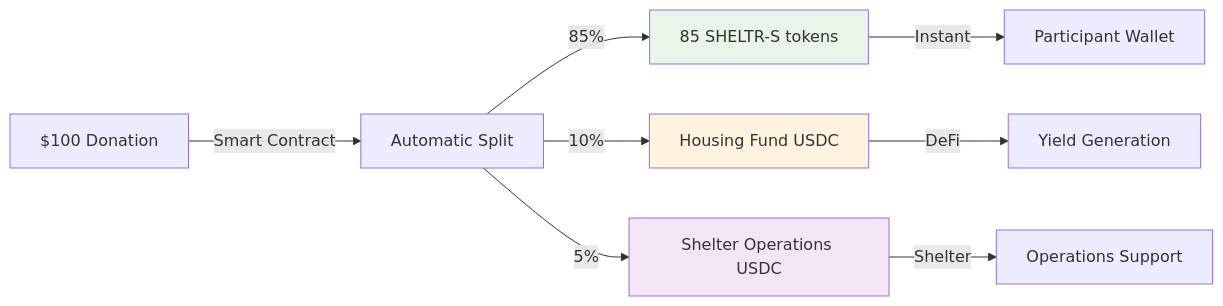
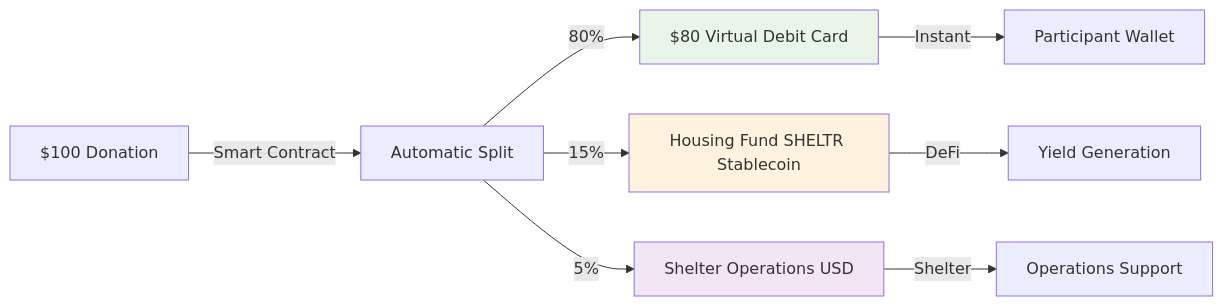
Before and after one commit to mrj0nesmtl/sheltr-ai: the second of 4 diagrams in docs/02-architecture/whitepaper_final.md, drawn with Mermaid. The commit also changed other lines of this file and 1 other file, not shown here.

````diff
--- a/docs/02-architecture/whitepaper_final.md
+++ b/docs/02-architecture/whitepaper_final.md
@@ -228,15 +230,15 @@
 ```mermaid
 graph LR
     A[$100 Donation] -->|Smart Contract| B[Automatic Split]
-    B -->|85%| C[85 SHELTR-S tokens]
-    B -->|10%| D[Housing Fund USDC]
-    B -->|5%| E[Shelter Operations USDC]
+    B -->|80%| C[$80 Virtual Debit Card]
+    B -->|15%| D[Housing Fund SHELTR Stablecoin]
+    B -->|5%| E[Shelter Operations USD]
     
     C -->|Instant| F[Participant Wallet]
     D -->|DeFi| G[Yield Generation]
     E -->|Shelter| H[Operations Support]
     
     style C fill:#e8f5e8
     style D fill:#fff3e0
     style E fill:#f3e5f5
 ```
````
